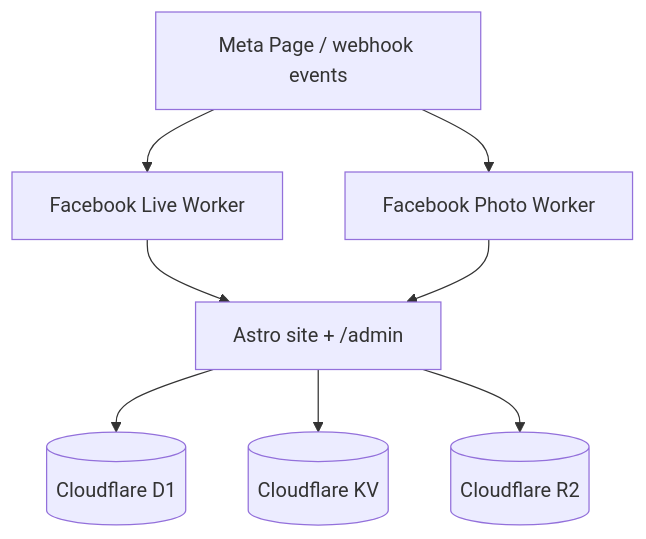
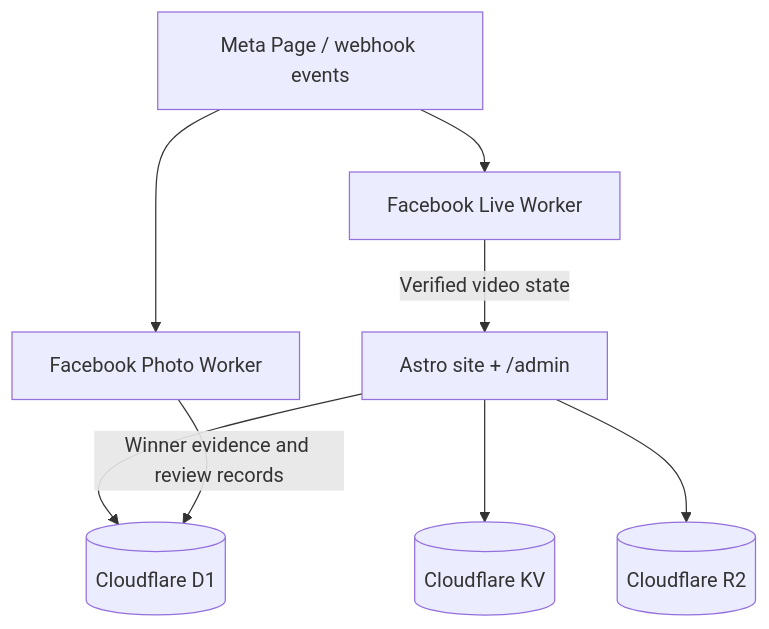
Before and after one commit to joshua-werlein/friends-of-lake-henry: the diagram in README.md, drawn with Mermaid. The commit also changed other lines of this file, not shown here.

````diff
--- a/README.md
+++ b/README.md
@@ -40,10 +40,10 @@
 ```mermaid
 flowchart TB
     A[Astro site + /admin] --> B[(Cloudflare D1)]
     A --> C[(Cloudflare KV)]
     A --> D[(Cloudflare R2)]
-    E[Facebook Live Worker] --> A
-    F[Facebook Photo Worker] --> A
+    E[Facebook Live Worker] -->|Verified video state| A
+    F[Facebook Photo Worker] -->|Winner evidence and review records| B
     G[Meta Page / webhook events] --> E
     G --> F
 ```
````
